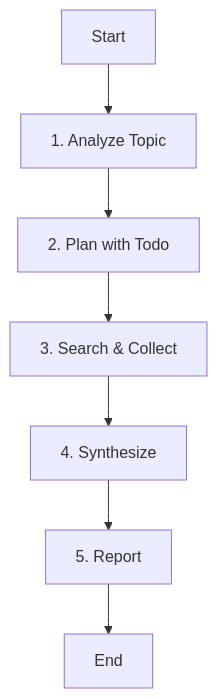
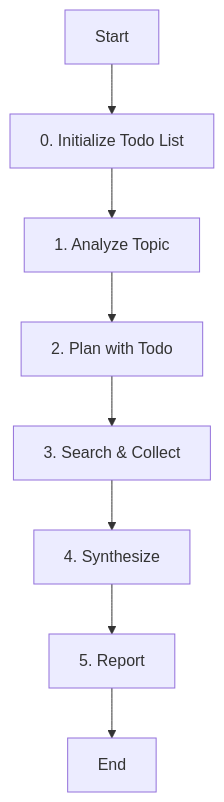
The diagram in opencode/config/agent/research-analyst.md (ksm0709/dotfiles), drawn with Mermaid before and after one commit. The commit also changed other lines of this file and 8 other files, not shown here.

````diff
--- a/opencode/config/agent/research-analyst.md
+++ b/opencode/config/agent/research-analyst.md
@@ -48,9 +50,10 @@
 ```mermaid
 graph TD
-    Start[Start] --> Analyze[1. Analyze Topic]
+    Start[Start] --> Init[0. Initialize Todo List]
+    Init --> Analyze[1. Analyze Topic]
     Analyze --> Plan[2. Plan with Todo]
     Plan --> Search[3. Search & Collect]
     Search --> Synthesize[4. Synthesize]
     Synthesize --> Report[5. Report]
     Report --> End[End]
 ```
````
